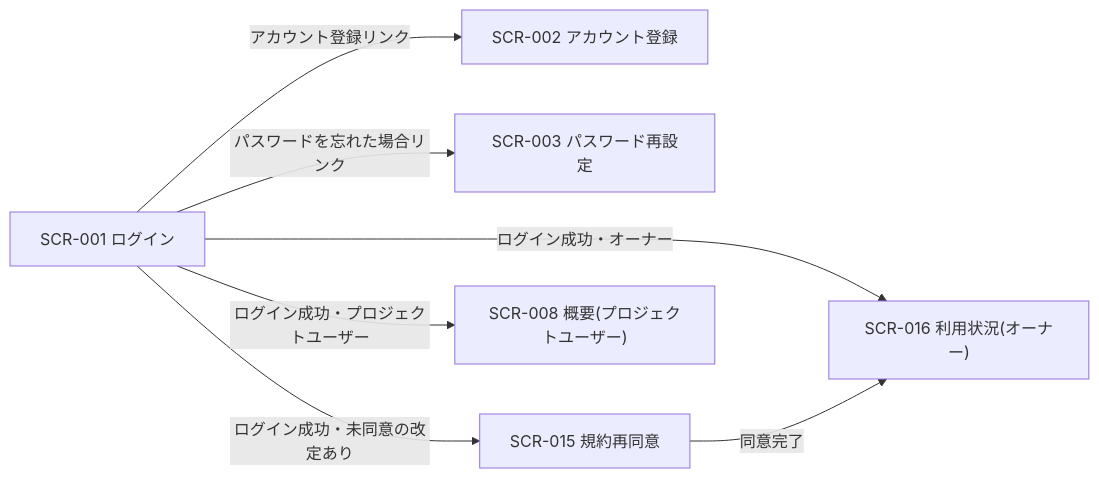
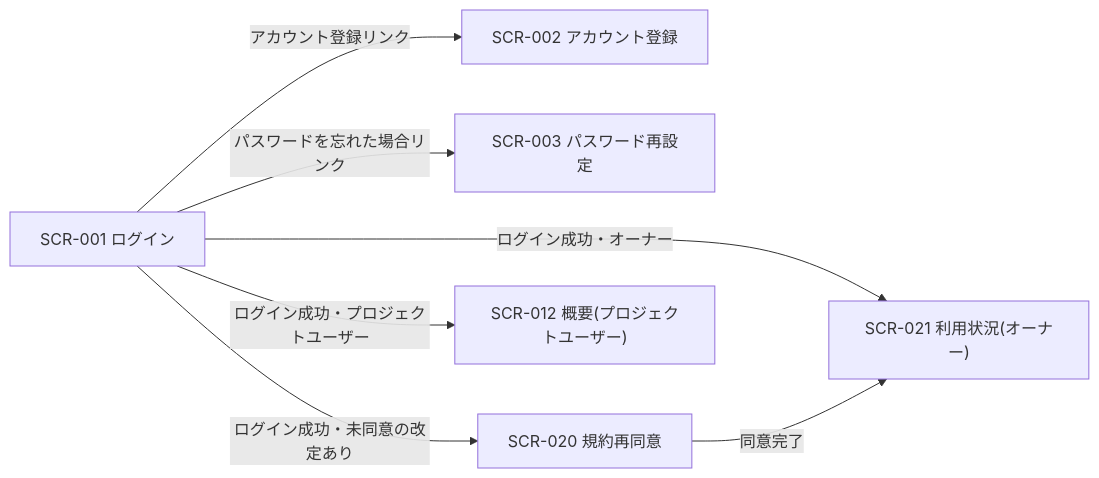
Before and after one commit to sikakou54/open-faq: the diagram in 02_basic_design/01_screens/SCR-001.md, drawn with Mermaid. The commit also changed other lines of this file and 617 other files, not shown here.

````diff
--- a/02_basic_design/01_screens/SCR-001.md
+++ b/02_basic_design/01_screens/SCR-001.md
@@ -35,15 +36,15 @@
 ```mermaid
 flowchart LR
   S1["SCR-001 ログイン"]
   S2["SCR-002 アカウント登録"]
   S3["SCR-003 パスワード再設定"]
-  S15["SCR-015 規約再同意"]
-  S16["SCR-016 利用状況(オーナー)"]
-  S8["SCR-008 概要(プロジェクトユーザー)"]
+  S15["SCR-020 規約再同意"]
+  S16["SCR-021 利用状況(オーナー)"]
+  S8["SCR-012 概要(プロジェクトユーザー)"]
   S1 -->|アカウント登録リンク| S2
   S1 -->|パスワードを忘れた場合リンク| S3
   S1 -->|ログイン成功・未同意の改定あり| S15
   S1 -->|ログイン成功・オーナー| S16
   S1 -->|ログイン成功・プロジェクトユーザー| S8
   S15 -->|同意完了| S16
 ```
````
